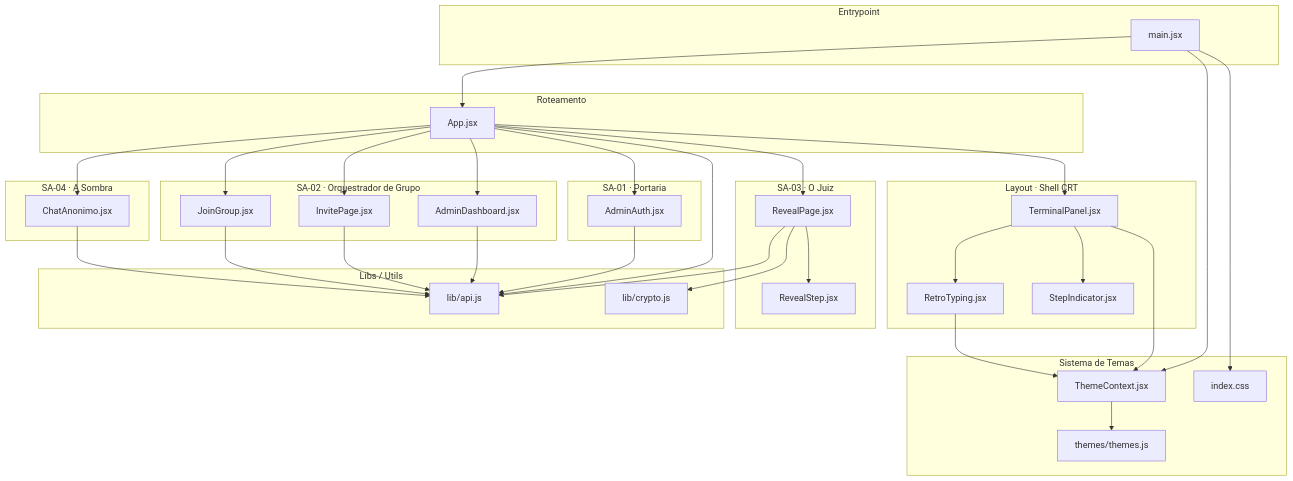
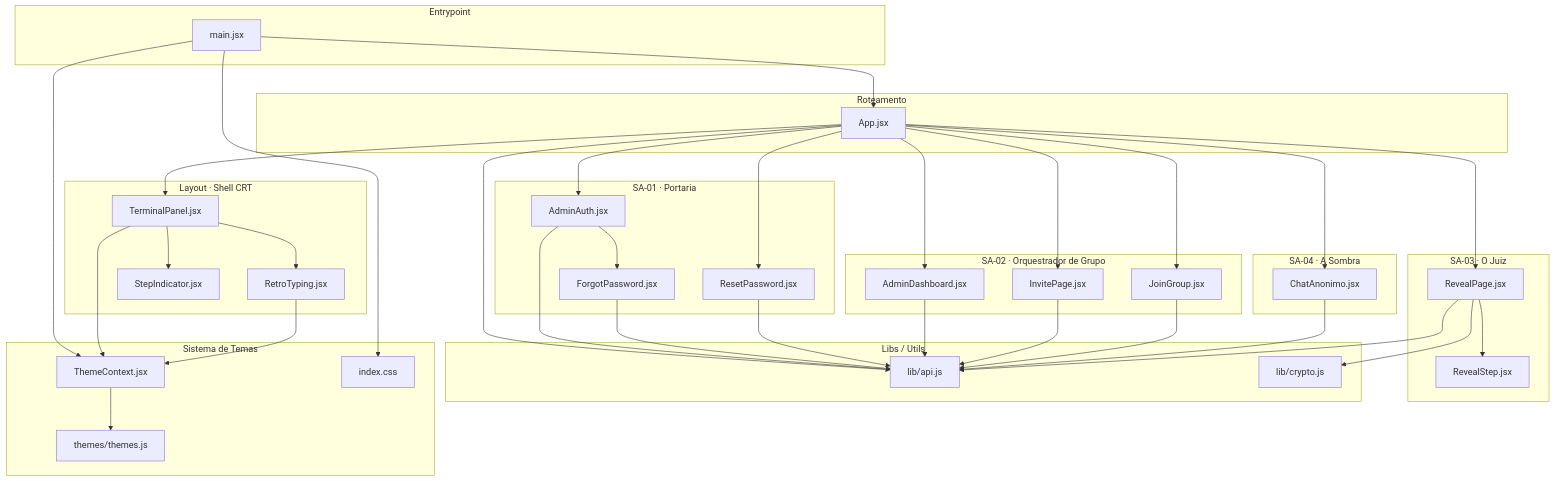
One commit to charines/AmigoSecreto changed the diagram in docs/modules/dependencias_react.md. Above: the diagram before and after it, drawn with Mermaid. The commit also changed other lines of this file and 21 other files, not shown here.

```diff
--- a/docs/modules/dependencias_react.md
+++ b/docs/modules/dependencias_react.md
@@ -38,6 +41,8 @@
 
     subgraph SA01["SA-01 · Portaria"]
         AUTH["AdminAuth.jsx"]
+        FORGOT["ForgotPassword.jsx"]
+        RESET["ResetPassword.jsx"]
     end
 
     subgraph SA02["SA-02 · Orquestrador de Grupo"]
@@ -80,9 +85,13 @@
     APP --> REVEAL_P
     APP --> PANEL
     APP --> API
+    APP --> RESET
 
     %% SA-01
     AUTH --> API
+    AUTH --> FORGOT
+    FORGOT --> API
+    RESET --> API
 
     %% SA-02
     DASH --> API
```
